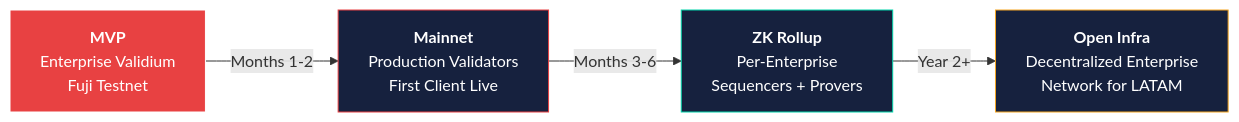
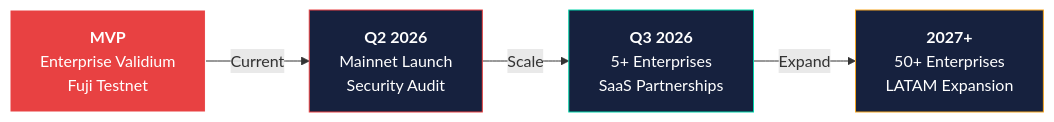
The third of 3 diagrams in README.md (sebastian-quintero-osorio/basis-network), drawn with Mermaid before and after one commit. The commit also changed other lines of this file and 17 other files, not shown here.

````diff
--- a/README.md
+++ b/README.md
@@ -258,16 +348,16 @@
 ```mermaid
 graph LR
     V1["<b>MVP</b><br/>Enterprise Validium<br/>Fuji Testnet"]
-    V2["<b>Mainnet</b><br/>Production Validators<br/>First Client Live"]
-    V3["<b>ZK Rollup</b><br/>Per-Enterprise<br/>Sequencers + Provers"]
-    V4["<b>Open Infra</b><br/>Decentralized Enterprise<br/>Network for LATAM"]
+    V2["<b>Q2 2026</b><br/>Mainnet Launch<br/>Security Audit"]
+    V3["<b>Q3 2026</b><br/>5+ Enterprises<br/>SaaS Partnerships"]
+    V4["<b>2027+</b><br/>50+ Enterprises<br/>LATAM Expansion"]
 
-    V1 -->|"Months 1-2"| V2
-    V2 -->|"Months 3-6"| V3
-    V3 -->|"Year 2+"| V4
+    V1 -->|"Current"| V2
+    V2 -->|"Scale"| V3
+    V3 -->|"Expand"| V4
 
     style V1 fill:#e84142,stroke:#fff,color:#fff
     style V2 fill:#16213e,stroke:#e84142,color:#fff
     style V3 fill:#16213e,stroke:#00d4aa,color:#fff
     style V4 fill:#16213e,stroke:#f5a623,color:#fff
 ```
````
